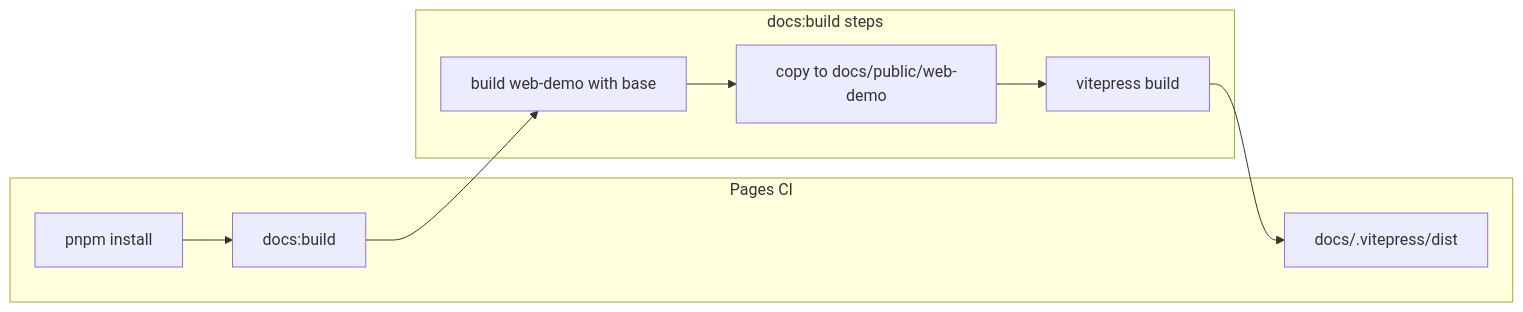
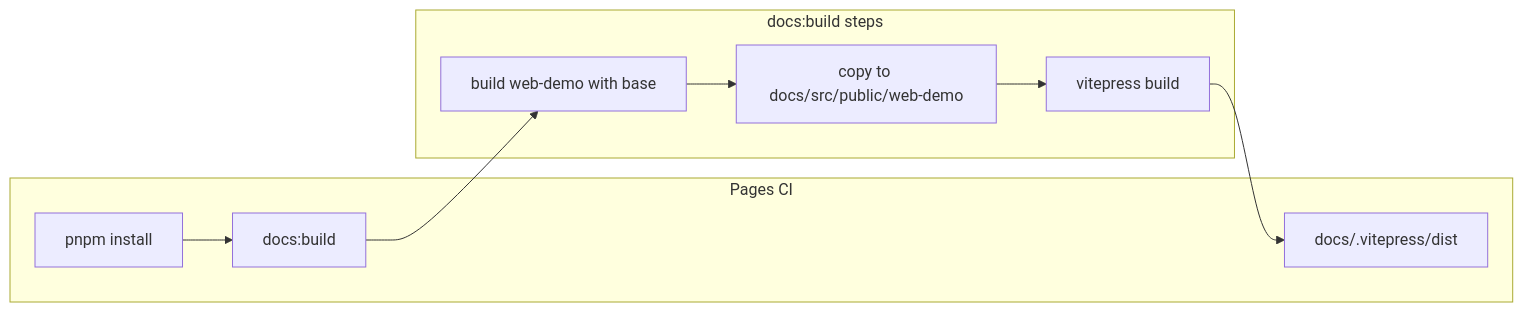
One commit to bankersman/brother_ql_node changed the second of 2 diagrams in docs/plan-web-sdk-and-pages.md. Above: the diagram before and after it, drawn with Mermaid. The commit also changed other lines of this file and 5 other files, not shown here.

First line of the commit message:
fix(docs): sync web demo to docs/src/public for VitePress srcDir

````diff
--- a/docs/plan-web-sdk-and-pages.md
+++ b/docs/plan-web-sdk-and-pages.md
@@ -121,15 +121,15 @@
 ```mermaid
 flowchart LR
   subgraph ci [Pages CI]
     install[pnpm install]
     docsBuild[docs:build]
     vitepressDist[docs/.vitepress/dist]
   end
   subgraph docsBuildInner [docs:build steps]
     webDemo[build web-demo with base]
-    publicCopy[copy to docs/public/web-demo]
+    publicCopy[copy to docs/src/public/web-demo]
     vp[vitepress build]
   end
   install --> docsBuild
   docsBuild --> webDemo --> publicCopy --> vp --> vitepressDist
 ```
````
